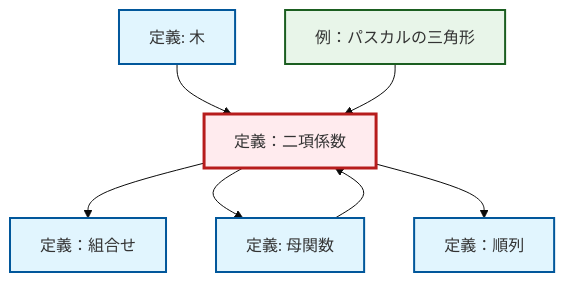
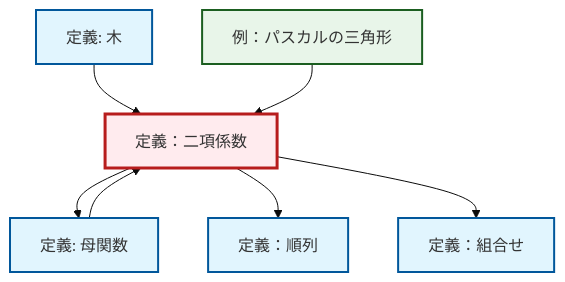
Before and after one commit to RK0429/ModernMath: the diagram in content/ja/combinatorics/def-binomial-coefficient.qmd, drawn with Mermaid (base theme). The commit also changed other lines of this file and 328 other files, not shown here.

````diff
--- a/content/ja/combinatorics/def-binomial-coefficient.qmd
+++ b/content/ja/combinatorics/def-binomial-coefficient.qmd
@@ -63,27 +64,27 @@
 ```{mermaid}
 %%| fig-cap: "ローカル依存関係グラフ"
 graph TD
     classDef definition fill:#e1f5fe,stroke:#01579b,stroke-width:2px
     classDef theorem fill:#f3e5f5,stroke:#4a148c,stroke-width:2px
     classDef axiom fill:#fff3e0,stroke:#e65100,stroke-width:2px
     classDef example fill:#e8f5e9,stroke:#1b5e20,stroke-width:2px
     classDef current fill:#ffebee,stroke:#b71c1c,stroke-width:3px
+    def-binomial-coefficient["定義：二項係数"]:::definition
+    def-generating-function["定義: 母関数"]:::definition
+    def-combination["定義：組合せ"]:::definition
+    ex-pascals-triangle["例：パスカルの三角形"]:::example
+    def-permutation["定義：順列"]:::definition
     def-tree["定義: 木"]:::definition
-    def-generating-function["定義: 母関数"]:::definition
-    ex-pascals-triangle["例：パスカルの三角形"]:::example
-    def-combination["定義：組合せ"]:::definition
-    def-binomial-coefficient["定義：二項係数"]:::definition
-    def-permutation["定義：順列"]:::definition
+    def-binomial-coefficient --> def-generating-function
+    def-binomial-coefficient --> def-permutation
+    def-generating-function --> def-binomial-coefficient
     def-binomial-coefficient --> def-combination
     def-tree --> def-binomial-coefficient
-    def-generating-function --> def-binomial-coefficient
-    def-binomial-coefficient --> def-generating-function
-    def-binomial-coefficient --> def-permutation
     ex-pascals-triangle --> def-binomial-coefficient
     class def-binomial-coefficient current
+    click def-generating-function "def-generating-function.html" "母関数の定義へ"
+    click def-combination "def-combination.html" "定義：組合せへ"
+    click ex-pascals-triangle "ex-pascals-triangle.html" "例：パスカルの三角形へ"
+    click def-permutation "def-permutation.html" "定義：順列へ"
     click def-tree "def-tree.html" "木の定義へ"
-    click def-generating-function "def-generating-function.html" "母関数の定義へ"
-    click ex-pascals-triangle "ex-pascals-triangle.html" "例：パスカルの三角形へ"
-    click def-combination "def-combination.html" "定義：組合せへ"
-    click def-permutation "def-permutation.html" "定義：順列へ"
 ```
````
